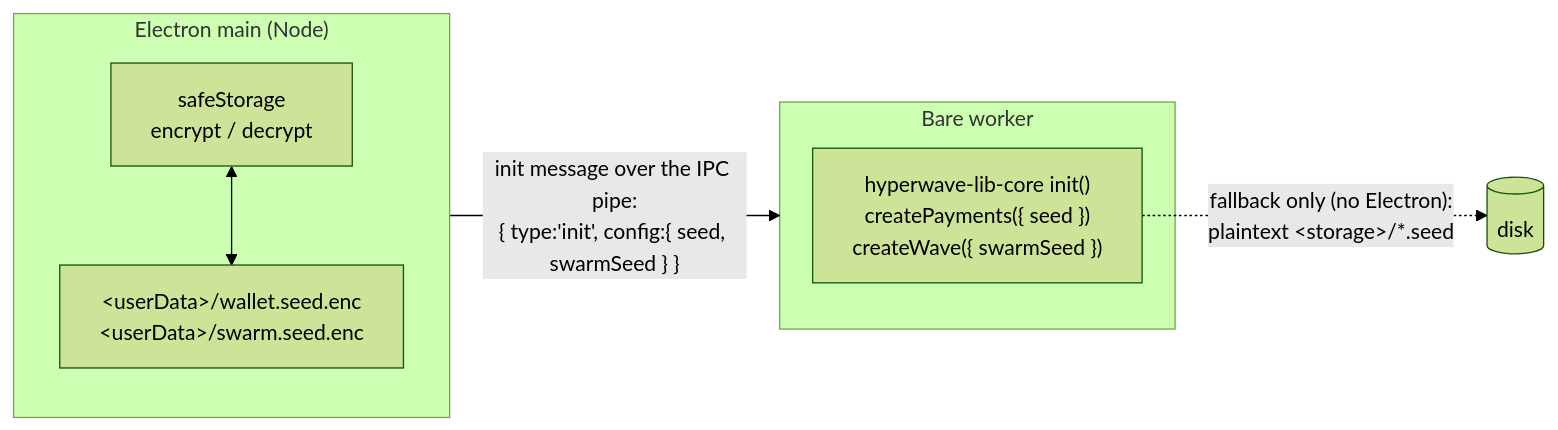
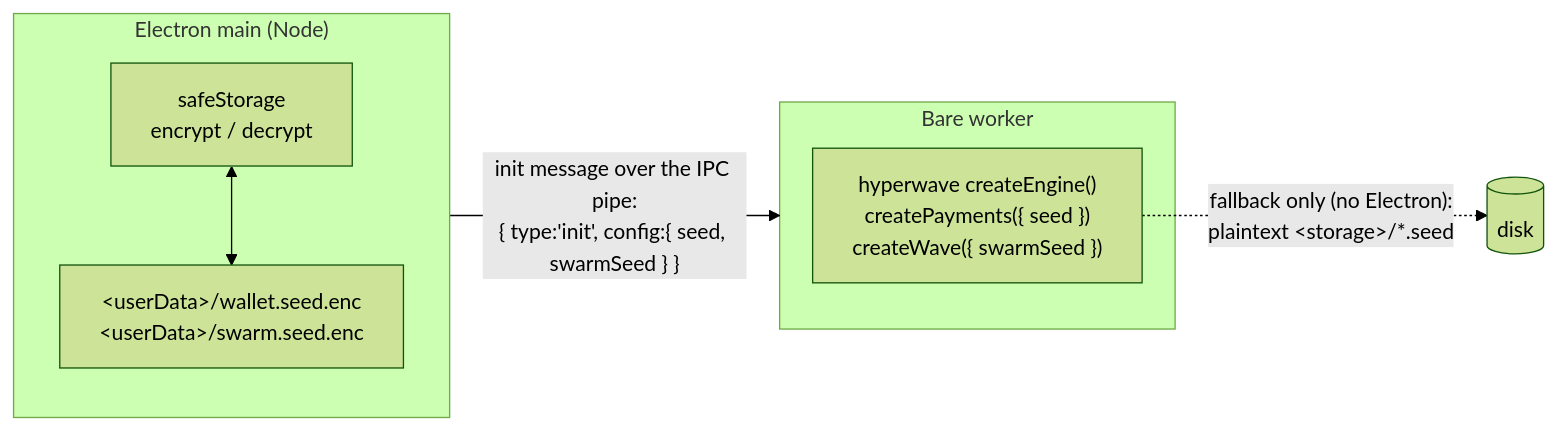
Before and after one commit to mnaamani/hyper-wave: the diagram in docs/secure-seed-storage.md, drawn with Mermaid (forest theme). The commit also changed other lines of this file and 60 other files, not shown here.

First line of the commit message:
rename: hyperwave-lib-core → hyper-wave; one term per layer (engine/wave/host)

````diff
--- a/docs/secure-seed-storage.md
+++ b/docs/secure-seed-storage.md
@@ -77,13 +77,13 @@
 ```mermaid
 flowchart LR
   subgraph Main["Electron main (Node)"]
     SS["safeStorage<br/>encrypt / decrypt"]
     F["&lt;userData&gt;/wallet.seed.enc<br/>&lt;userData&gt;/swarm.seed.enc"]
     SS <--> F
   end
   subgraph Worker["Bare worker"]
-    ENG["hyperwave-lib-core init()<br/>createPayments({ seed })<br/>createWave({ swarmSeed })"]
+    ENG["hyperwave createEngine()<br/>createPayments({ seed })<br/>createWave({ swarmSeed })"]
   end
   Main -->|"init message over the IPC pipe:<br/>{ type:'init', config:{ seed, swarmSeed } }"| Worker
   ENG -.->|"fallback only (no Electron):<br/>plaintext &lt;storage&gt;/*.seed"| Disk[(disk)]
 ```
````
